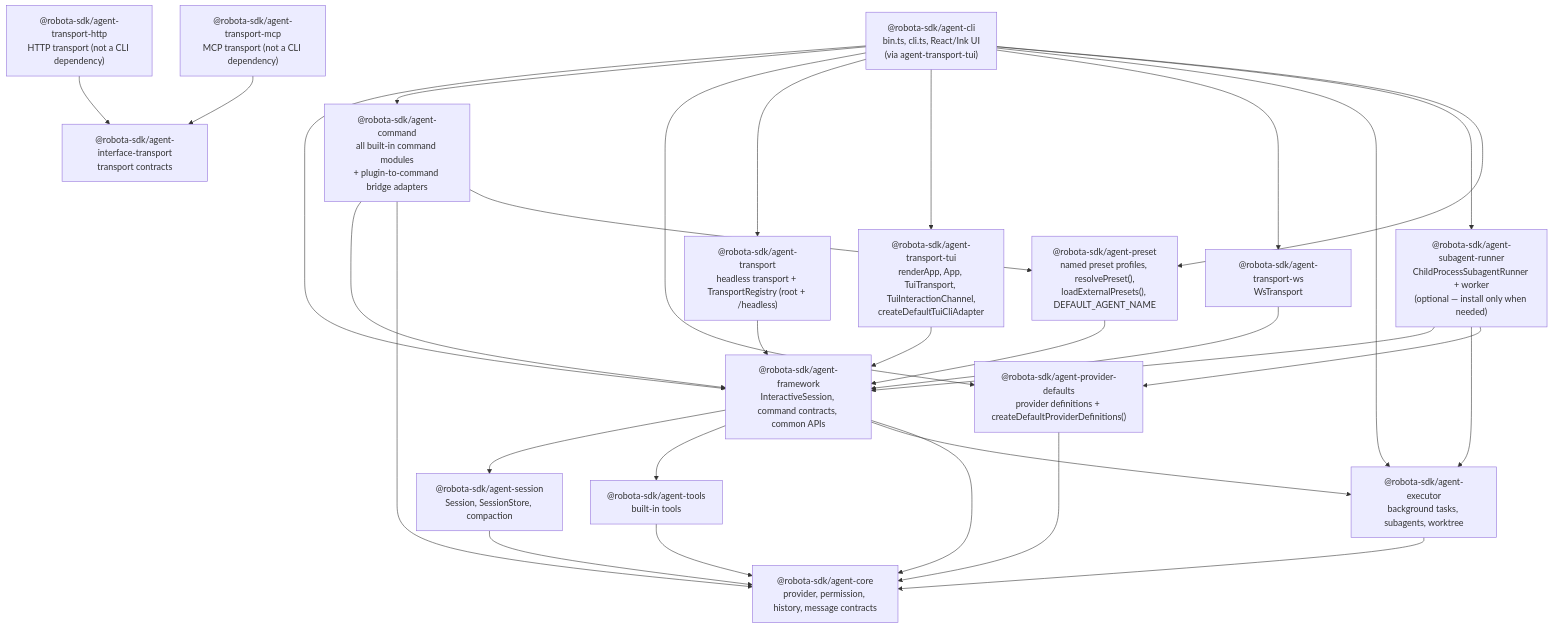
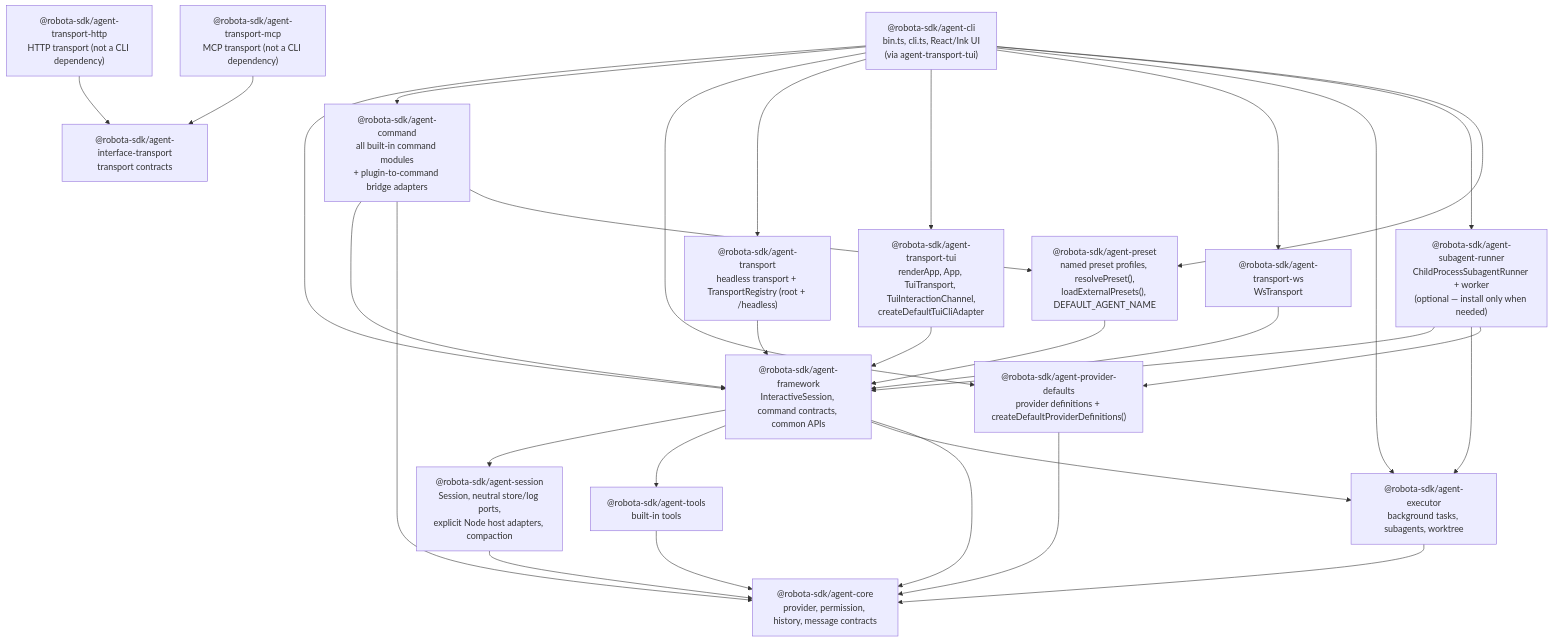
Before and after one commit to woojubb/robota: the diagram in .agents/specs/architecture-map/agent-cli/target-architecture.md, drawn with Mermaid. The commit also changed other lines of this file and 98 other files, not shown here.

````diff
--- a/.agents/specs/architecture-map/agent-cli/target-architecture.md
+++ b/.agents/specs/architecture-map/agent-cli/target-architecture.md
@@ -99,53 +102,53 @@
 ```mermaid
 flowchart TD
   CLI["@robota-sdk/agent-cli\nbin.ts, cli.ts, React/Ink UI\n(via agent-transport-tui)"]
   Framework["@robota-sdk/agent-framework\nInteractiveSession, command contracts, common APIs"]
   Commands["@robota-sdk/agent-command\nall built-in command modules\n+ plugin-to-command bridge adapters"]
   Core["@robota-sdk/agent-core\nprovider, permission, history, message contracts"]
-  Session["@robota-sdk/agent-session\nSession, SessionStore, compaction"]
+  Session["@robota-sdk/agent-session\nSession, neutral store/log ports,\nexplicit Node host adapters, compaction"]
   Tools["@robota-sdk/agent-tools\nbuilt-in tools"]
   Executor["@robota-sdk/agent-executor\nbackground tasks, subagents, worktree"]
   Provider["@robota-sdk/agent-provider-defaults\nprovider definitions + createDefaultProviderDefinitions()"]
   Transport["@robota-sdk/agent-transport\nheadless transport + TransportRegistry (root + /headless)"]
   TransportTui["@robota-sdk/agent-transport-tui\nrenderApp, App, TuiTransport, TuiInteractionChannel,\ncreateDefaultTuiCliAdapter"]
   TransportWs["@robota-sdk/agent-transport-ws\nWsTransport"]
   TransportHttp["@robota-sdk/agent-transport-http\nHTTP transport (not a CLI dependency)"]
   TransportMcp["@robota-sdk/agent-transport-mcp\nMCP transport (not a CLI dependency)"]
   InterfaceTransport["@robota-sdk/agent-interface-transport\ntransport contracts"]
   SubagentRunner["@robota-sdk/agent-subagent-runner\nChildProcessSubagentRunner + worker\n(optional — install only when needed)"]
   Preset["@robota-sdk/agent-preset\nnamed preset profiles, resolvePreset(),\nloadExternalPresets(), DEFAULT_AGENT_NAME"]
 
   CLI --> Framework
   CLI --> Commands
   CLI --> Provider
   CLI --> Transport
   CLI --> TransportTui
   CLI --> TransportWs
   CLI --> Executor
   CLI --> SubagentRunner
   CLI --> Preset
 
   SubagentRunner --> Framework
   SubagentRunner --> Executor
   SubagentRunner --> Provider
 
   Commands --> Framework
   Commands --> Core
   Commands --> Preset
 
   Framework --> Session
   Framework --> Tools
   Framework --> Executor
   Framework --> Core
 
   Provider --> Core
   Session --> Core
   Tools --> Core
   Executor --> Core
   Transport --> Framework
   TransportTui --> Framework
   TransportWs --> Framework
   TransportHttp --> InterfaceTransport
   TransportMcp --> InterfaceTransport
   Preset --> Framework
 ```
````
